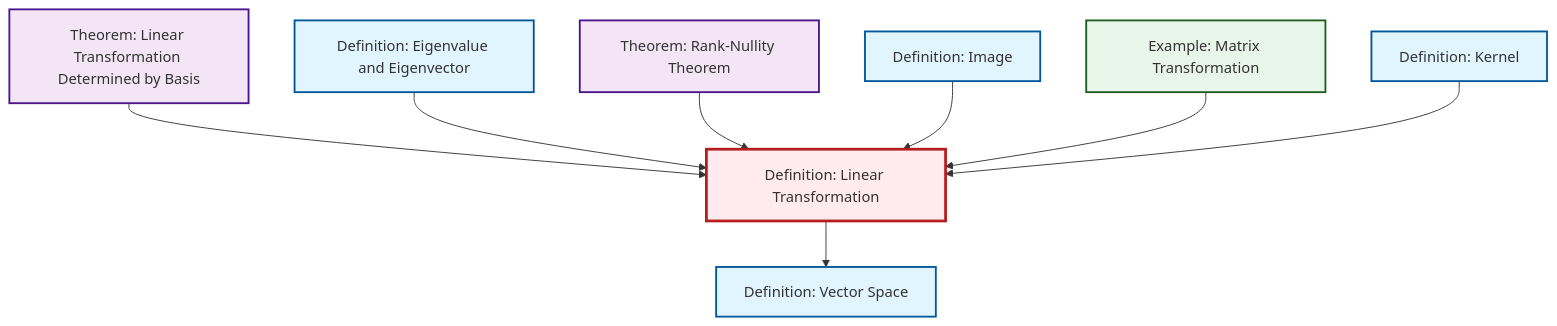
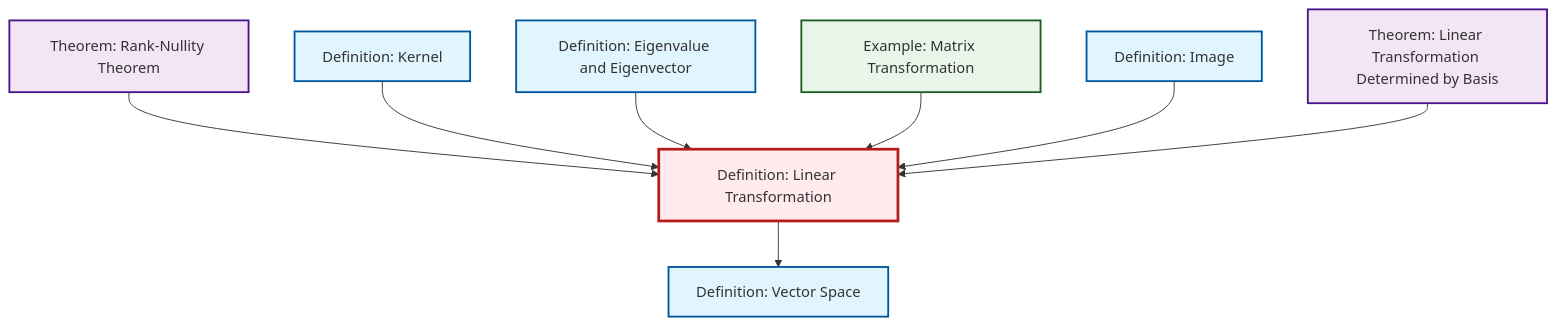
The diagram in output/mermaid/def-linear-transformation.mermaid (RK0429/ModernMath), drawn with Mermaid before and after one commit. The commit also changed other lines of this file and 1389 other files, not shown here.

```diff
--- a/output/mermaid/def-linear-transformation.mermaid
+++ b/output/mermaid/def-linear-transformation.mermaid
@@ -1,23 +1,23 @@
 %%| fig-cap: "Local dependency graph"
 graph TD
     classDef definition fill:#e1f5fe,stroke:#01579b,stroke-width:2px
     classDef theorem fill:#f3e5f5,stroke:#4a148c,stroke-width:2px
     classDef axiom fill:#fff3e0,stroke:#e65100,stroke-width:2px
     classDef example fill:#e8f5e9,stroke:#1b5e20,stroke-width:2px
     classDef current fill:#ffebee,stroke:#b71c1c,stroke-width:3px
+    def-vector-space["Definition: Vector Space"]:::definition
+    def-kernel["Definition: Kernel"]:::definition
+    ex-matrix-transformation["Example: Matrix Transformation"]:::example
     thm-linear-transformation-basis["Theorem: Linear Transformation Determined by Basis"]:::theorem
+    def-image["Definition: Image"]:::definition
     def-linear-transformation["Definition: Linear Transformation"]:::definition
-    ex-matrix-transformation["Example: Matrix Transformation"]:::example
-    def-image["Definition: Image"]:::definition
-    def-kernel["Definition: Kernel"]:::definition
+    def-eigenvalue-eigenvector["Definition: Eigenvalue and Eigenvector"]:::definition
     thm-rank-nullity["Theorem: Rank-Nullity Theorem"]:::theorem
-    def-vector-space["Definition: Vector Space"]:::definition
-    def-eigenvalue-eigenvector["Definition: Eigenvalue and Eigenvector"]:::definition
+    thm-rank-nullity --> def-linear-transformation
+    def-kernel --> def-linear-transformation
+    def-linear-transformation --> def-vector-space
+    def-eigenvalue-eigenvector --> def-linear-transformation
+    ex-matrix-transformation --> def-linear-transformation
+    def-image --> def-linear-transformation
     thm-linear-transformation-basis --> def-linear-transformation
-    def-eigenvalue-eigenvector --> def-linear-transformation
-    thm-rank-nullity --> def-linear-transformation
-    def-image --> def-linear-transformation
-    ex-matrix-transformation --> def-linear-transformation
-    def-linear-transformation --> def-vector-space
-    def-kernel --> def-linear-transformation
     class def-linear-transformation current
```
